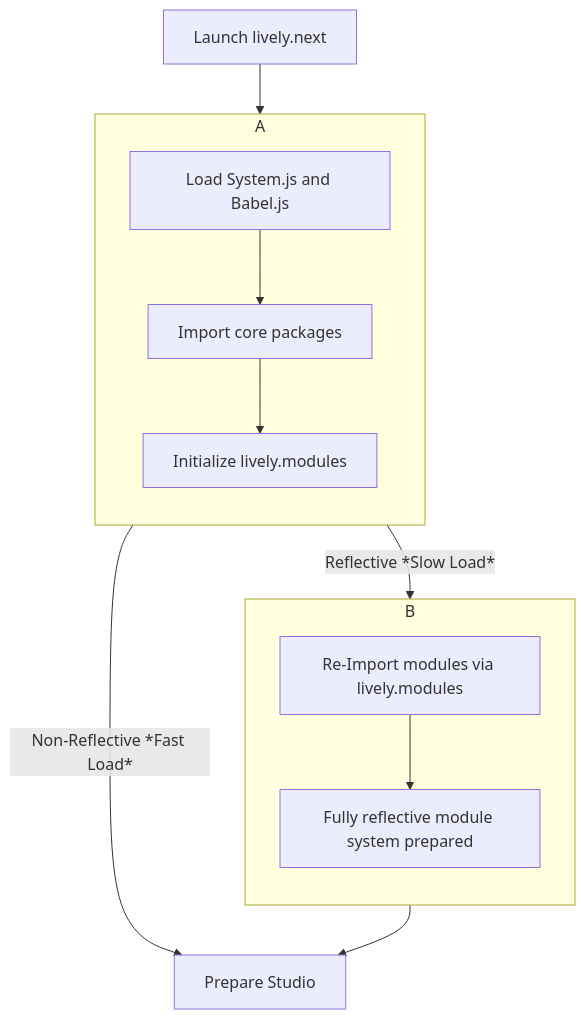
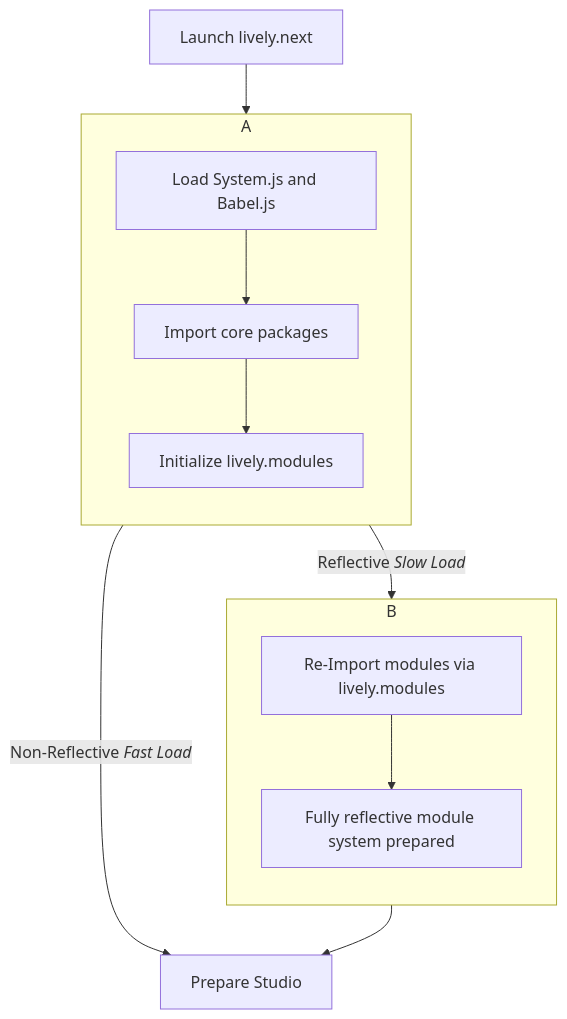
One commit to nextguys/lively-next-relaunch changed the second of 3 diagrams in explanation/modules.md. Above: the diagram before and after it, drawn with Mermaid. The commit also changed other lines of this file, not shown here.

Commit message:
Fix flow diagram labeling

````diff
--- a/explanation/modules.md
+++ b/explanation/modules.md
@@ -262,22 +264,22 @@
 ```mermaid
 flowchart TB
     s1["Launch lively.next"]
     a1["Load System.js and Babel.js"]
     a2["Import core packages"]
     a3["Initialize lively.modules"]
     b1["Re-Import modules via lively.modules"]
     b2["Fully reflective module system prepared"]
     C[Prepare Studio]
     s1-->A
     subgraph A
       direction TB
       a1-->a2-->a3
     end
-    A--"Reflective *Slow Load*"-->B
-    A--"Non-Reflective *Fast Load*"-->C
+    A--"`Reflective *Slow Load*`"-->B
+    A--"`Non-Reflective *Fast Load*`"-->C
     B-->C
     subgraph B
       direction TB
       b1-->b2
     end
 ```
````
